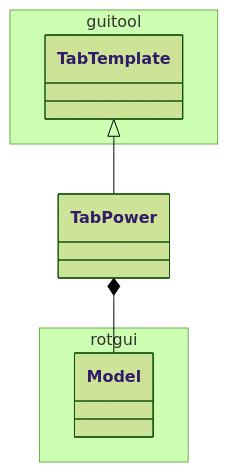
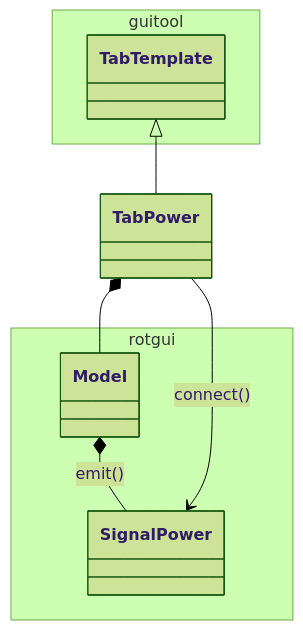
One commit to lsst-ts/ts_rotgui changed the diagram in doc/uml/tab/class_tab_power.mmd. Above: the diagram before and after it, drawn with Mermaid (forest theme). The commit also changed 6 other files, not shown here.

```diff
--- a/doc/uml/tab/class_tab_power.mmd
+++ b/doc/uml/tab/class_tab_power.mmd
@@ -1,13 +1,17 @@
 classDiagram
 
 namespace guitool {
   class TabTemplate
 }
 
 namespace rotgui {
   class Model
+  class SignalPower
 }
+
+Model *-- SignalPower : emit()
 
 TabTemplate <|-- TabPower
 
 TabPower *-- Model
+TabPower --> SignalPower : connect()
```
